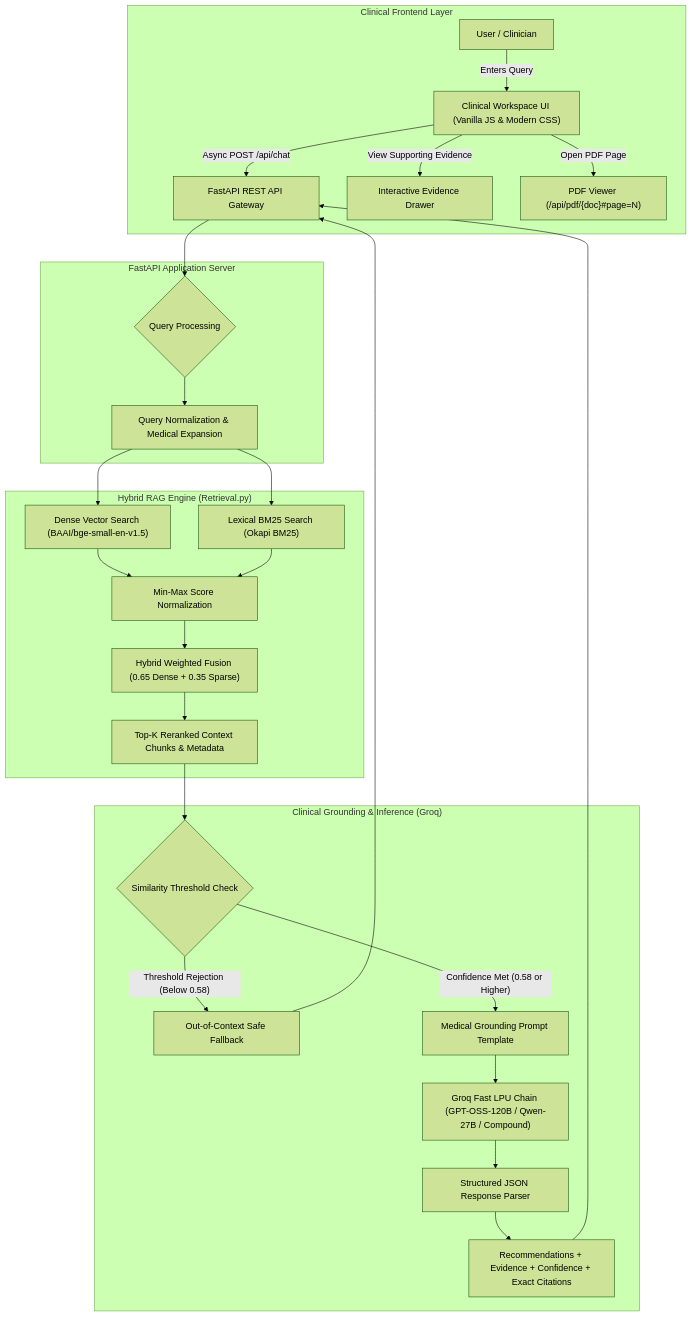
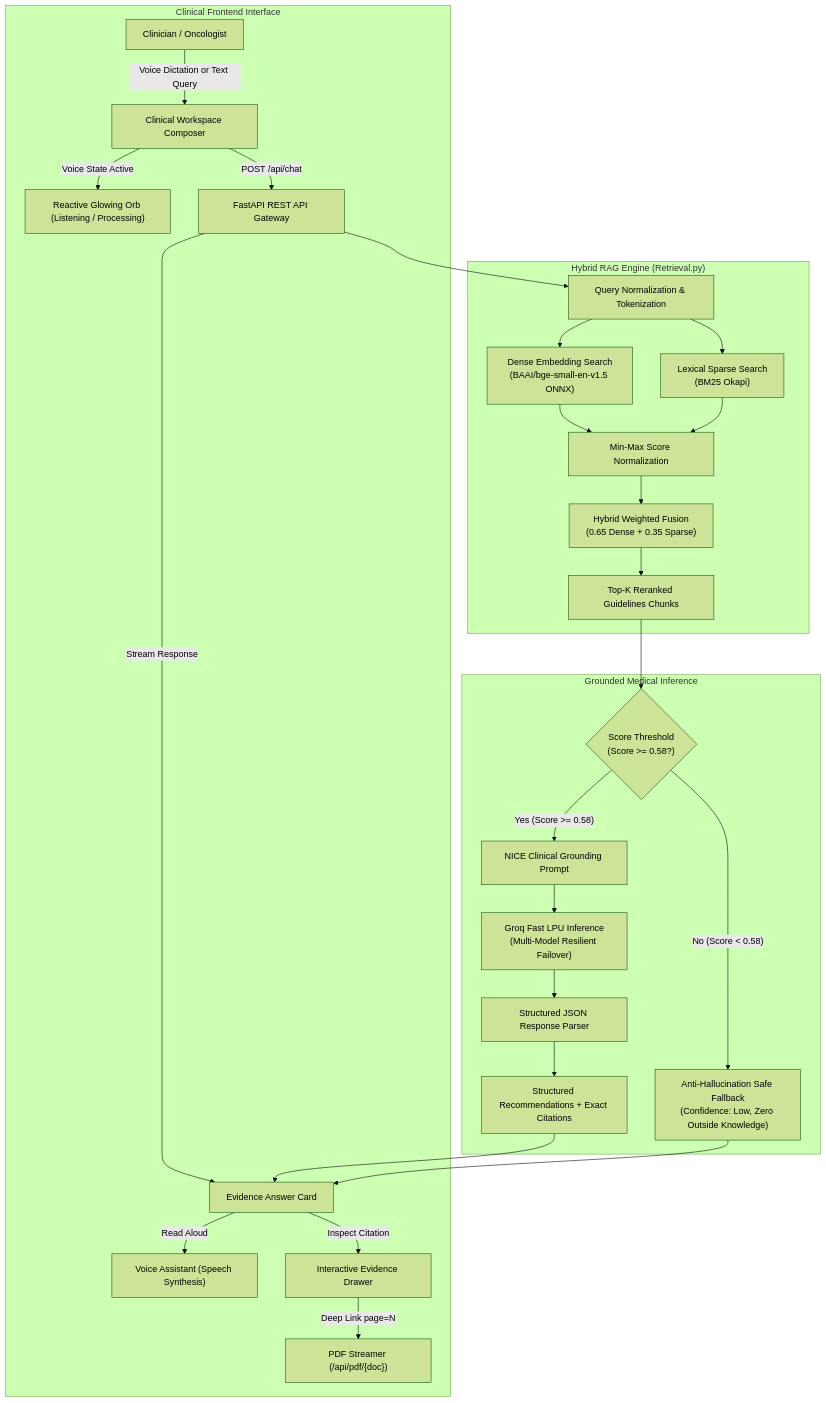
The diagram in README.md (belalhazem511/BreastCancer-Clinical-RAG), drawn with Mermaid (forest theme) before and after one commit. The commit also changed other lines of this file, not shown here.

Commit message:
docs: elevate README with professional executive summary, comparison matrix, voice architecture, and visual badges

````diff
--- a/README.md
+++ b/README.md
@@ -47,35 +67,34 @@
 ```mermaid
 flowchart TD
-    subgraph UI ["Clinical Frontend Layer"]
-        A[User / Clinician] -->|Enters Query| B["Clinical Workspace UI (Vanilla JS & Modern CSS)"]
-        B -->|Async POST /api/chat| C[FastAPI REST API Gateway]
-        B -->|View Supporting Evidence| D[Interactive Evidence Drawer]
-        B -->|Open PDF Page| E["PDF Viewer (/api/pdf/{doc}#page=N)"]
+    subgraph UI ["Clinical Frontend Interface"]
+        Clinician["Clinician / Oncologist"] -->|Voice Dictation or Text Query| Composer["Clinical Workspace Composer"]
+        Composer -->|Voice State Active| GlowingOrb["Reactive Glowing Orb (Listening / Processing)"]
+        Composer -->|POST /api/chat| Gateway["FastAPI REST API Gateway"]
+        Gateway -->|Stream Response| AnswerCard["Evidence Answer Card"]
+        AnswerCard -->|Read Aloud| VoiceAssistant["Voice Assistant (Speech Synthesis)"]
+        AnswerCard -->|Inspect Citation| EvidenceDrawer["Interactive Evidence Drawer"]
+        EvidenceDrawer -->|Deep Link page=N| PDFServer["PDF Streamer (/api/pdf/{doc})"]
     end
 
-    subgraph Backend ["FastAPI Application Server"]
-        C --> F{Query Processing}
-        F --> G[Query Normalization & Medical Expansion]
+    subgraph RAG ["Hybrid RAG Engine (Retrieval.py)"]
+        Gateway --> Preprocess["Query Normalization & Tokenization"]
+        Preprocess --> DenseSearch["Dense Embedding Search\n(BAAI/bge-small-en-v1.5 ONNX)"]
+        Preprocess --> SparseSearch["Lexical Sparse Search\n(BM25 Okapi)"]
+        DenseSearch --> Normalization["Min-Max Score Normalization"]
+        SparseSearch --> Normalization
+        Normalization --> ScoreFusion["Hybrid Weighted Fusion\n(0.65 Dense + 0.35 Sparse)"]
+        ScoreFusion --> TopChunks["Top-K Reranked Guidelines Chunks"]
     end
 
-    subgraph Engine ["Hybrid RAG Engine (Retrieval.py)"]
-        G --> H["Dense Vector Search (BAAI/bge-small-en-v1.5)"]
-        G --> I["Lexical BM25 Search (Okapi BM25)"]
-        H --> J["Min-Max Score Normalization"]
-        I --> J
-        J --> K["Hybrid Weighted Fusion (0.65 Dense + 0.35 Sparse)"]
-        K --> L["Top-K Reranked Context Chunks & Metadata"]
+    subgraph LLM ["Grounded Medical Inference"]
+        TopChunks --> ConfidenceGate{"Score Threshold\n(Score >= 0.58?)"}
+        ConfidenceGate -->|"No (Score < 0.58)"| SafeFallback["Anti-Hallucination Safe Fallback\n(Confidence: Low, Zero Outside Knowledge)"]
+        ConfidenceGate -->|"Yes (Score >= 0.58)"| GroundingPrompt["NICE Clinical Grounding Prompt"]
+        GroundingPrompt --> GroqEngine["Groq Fast LPU Inference\n(Multi-Model Resilient Failover)"]
+        GroqEngine --> StructuredParser["Structured JSON Response Parser"]
+        StructuredParser --> AnswerPayload["Structured Recommendations + Exact Citations"]
     end
 
-    subgraph LLM ["Clinical Grounding & Inference (Groq)"]
-        L --> M{Similarity Threshold Check}
-        M -->|"Threshold Rejection (Below 0.58)"| N["Out-of-Context Safe Fallback"]
-        M -->|"Confidence Met (0.58 or Higher)"| O["Medical Grounding Prompt Template"]
-        O --> P["Groq Fast LPU Chain (GPT-OSS-120B / Qwen-27B / Compound)"]
-        P --> Q["Structured JSON Response Parser"]
-        Q --> R["Recommendations + Evidence + Confidence + Exact Citations"]
-    end
-
-    R --> C
-    N --> C
+    AnswerPayload --> AnswerCard
+    SafeFallback --> AnswerCard
 ```
````
